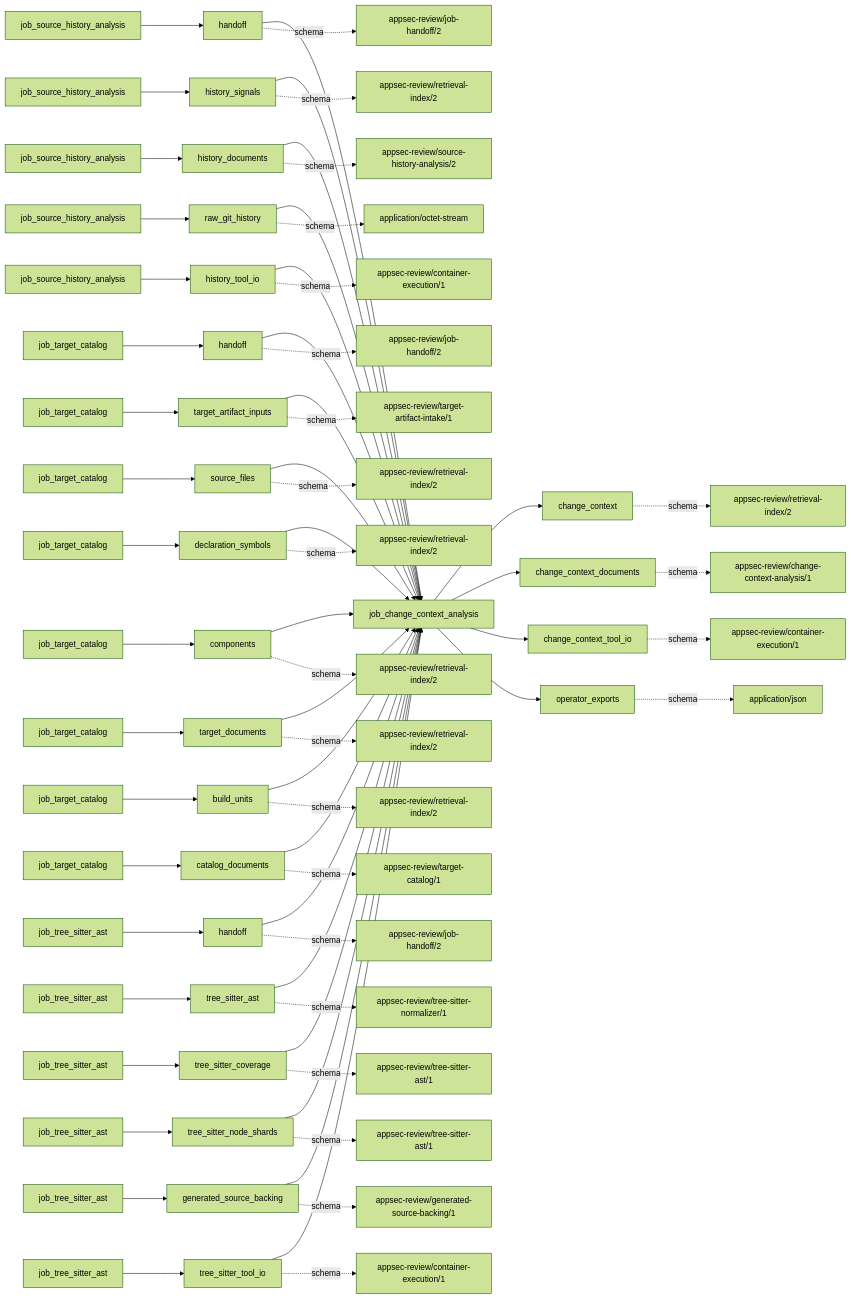
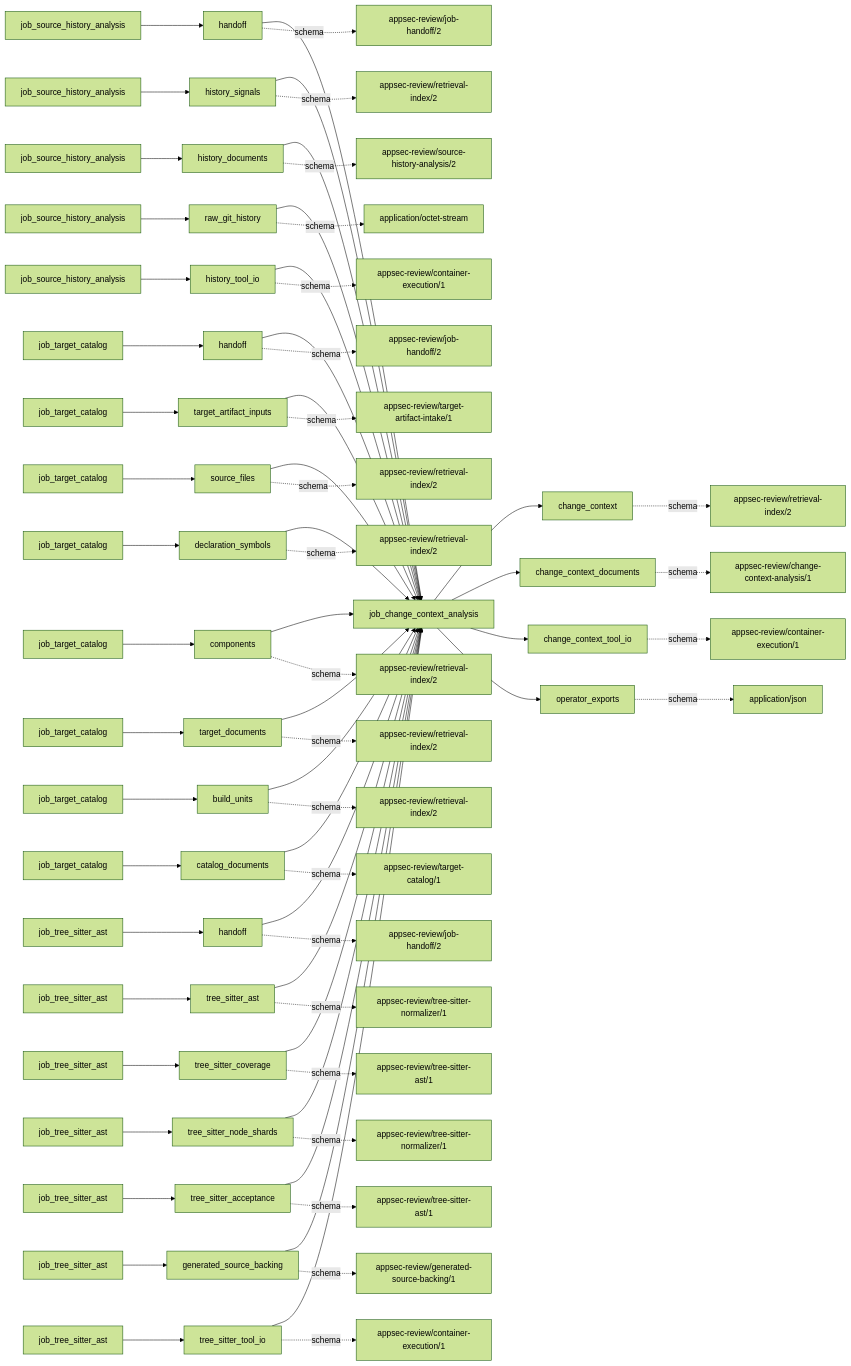
Before and after one commit to wsollers/appsec-review: the first of 2 diagrams in docs/operations/job_change_context_analysis.md, drawn with Mermaid (forest theme). The commit also changed other lines of this file and 16 other files, not shown here.

```diff
--- a/docs/operations/job_change_context_analysis.md
+++ b/docs/operations/job_change_context_analysis.md
@@ -180,19 +181,24 @@
   input15 -. schema .-> input_schema15
   producer16["job_tree_sitter_ast"]
   input16["tree_sitter_node_shards"]
-  input_schema16["appsec-review/tree-sitter-ast/1"]
+  input_schema16["appsec-review/tree-sitter-normalizer/1"]
   producer16 --> input16 --> job
   input16 -. schema .-> input_schema16
   producer17["job_tree_sitter_ast"]
-  input17["generated_source_backing"]
-  input_schema17["appsec-review/generated-source-backing/1"]
+  input17["tree_sitter_acceptance"]
+  input_schema17["appsec-review/tree-sitter-ast/1"]
   producer17 --> input17 --> job
   input17 -. schema .-> input_schema17
   producer18["job_tree_sitter_ast"]
-  input18["tree_sitter_tool_io"]
-  input_schema18["appsec-review/container-execution/1"]
+  input18["generated_source_backing"]
+  input_schema18["appsec-review/generated-source-backing/1"]
   producer18 --> input18 --> job
   input18 -. schema .-> input_schema18
+  producer19["job_tree_sitter_ast"]
+  input19["tree_sitter_tool_io"]
+  input_schema19["appsec-review/container-execution/1"]
+  producer19 --> input19 --> job
+  input19 -. schema .-> input_schema19
   output0["change_context"]
   output_schema0["appsec-review/retrieval-index/2"]
   job --> output0
```
